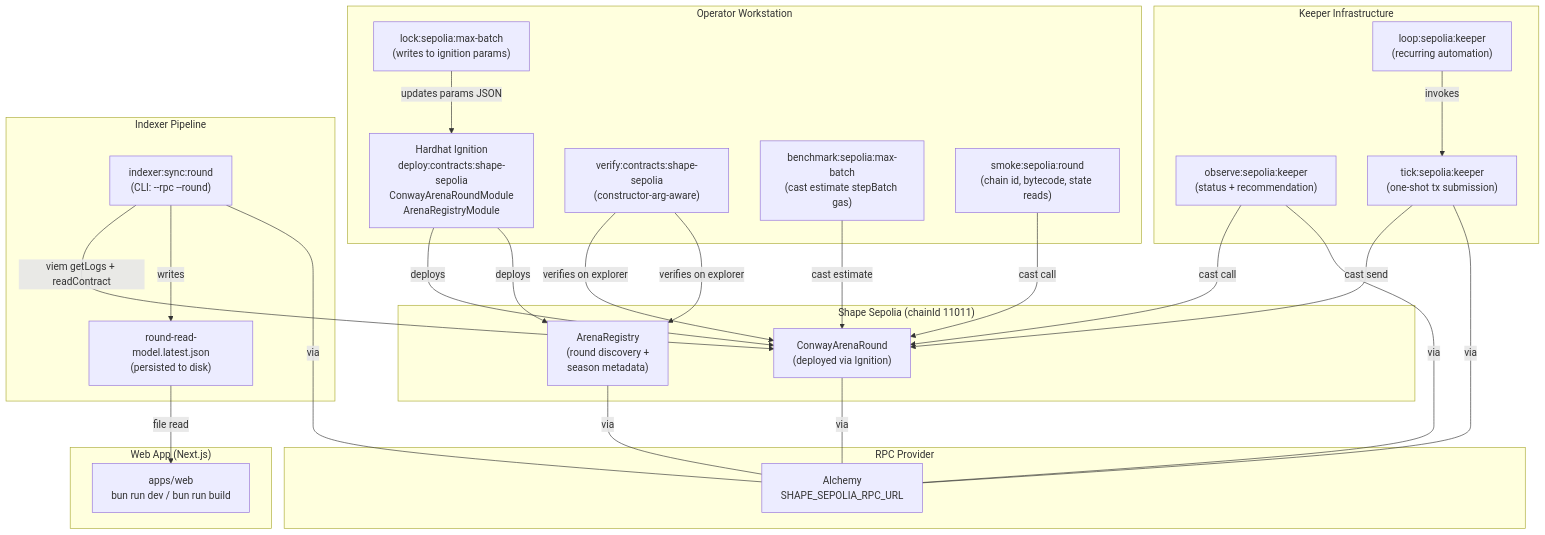
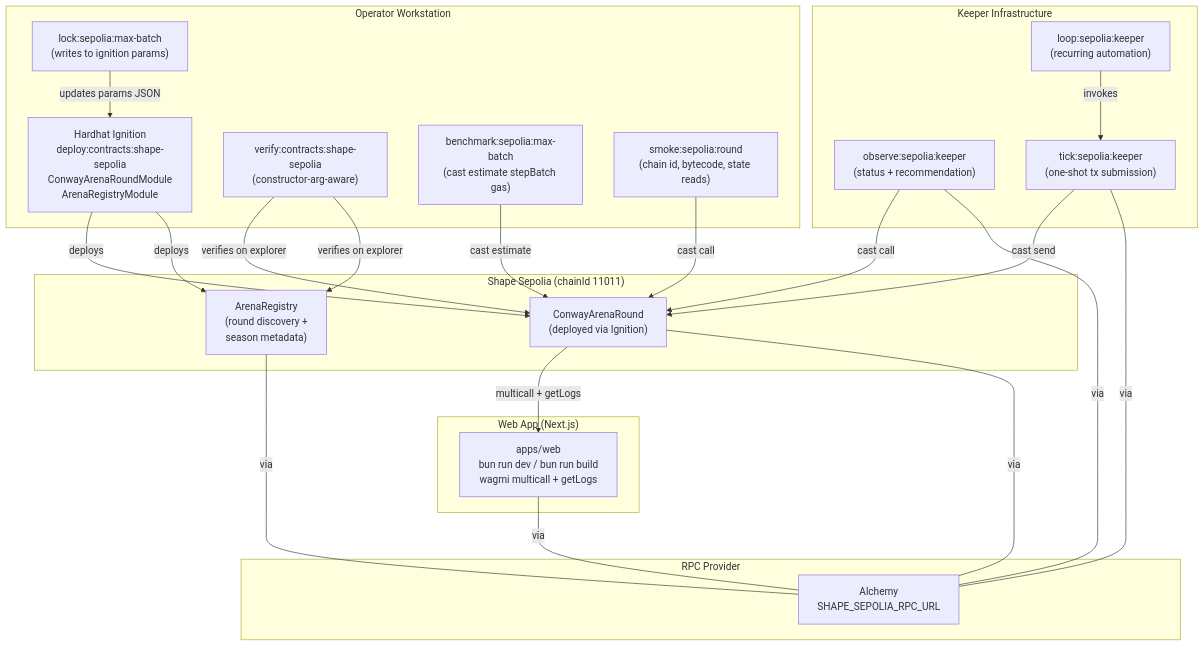
One commit to williamhzo/shape-of-life changed the tenth of 13 diagrams in architecture.md. Above: the diagram before and after it, drawn with Mermaid. The commit also changed other lines of this file and 2 other files, not shown here.

First line of the commit message:
Update docs for indexer removal and wagmi/React Query reads

````diff
--- a/architecture.md
+++ b/architecture.md
@@ -720,50 +664,43 @@
 ```mermaid
 flowchart TB
     subgraph "Operator Workstation"
         DEPLOY["Hardhat Ignition<br/>deploy:contracts:shape-sepolia<br/>ConwayArenaRoundModule<br/>ArenaRegistryModule"]
         VERIFY["verify:contracts:shape-sepolia<br/>(constructor-arg-aware)"]
         BENCH["benchmark:sepolia:max-batch<br/>(cast estimate stepBatch gas)"]
         LOCK["lock:sepolia:max-batch<br/>(writes to ignition params)"]
         SMOKE["smoke:sepolia:round<br/>(chain id, bytecode, state reads)"]
     end
 
     subgraph "Shape Sepolia (chainId 11011)"
         ROUND["ConwayArenaRound<br/>(deployed via Ignition)"]
         REGISTRY["ArenaRegistry<br/>(round discovery +<br/>season metadata)"]
     end
 
     subgraph "Keeper Infrastructure"
         K_STATUS["observe:sepolia:keeper<br/>(status + recommendation)"]
         K_TICK["tick:sepolia:keeper<br/>(one-shot tx submission)"]
         K_LOOP["loop:sepolia:keeper<br/>(recurring automation)"]
     end
 
-    subgraph "Indexer Pipeline"
-        SYNC["indexer:sync:round<br/>(CLI: --rpc --round)"]
-        SNAPSHOT["round-read-model.latest.json<br/>(persisted to disk)"]
-    end
-
     subgraph "Web App (Next.js)"
-        APP["apps/web<br/>bun run dev / bun run build"]
+        APP["apps/web<br/>bun run dev / bun run build<br/>wagmi multicall + getLogs"]
     end
 
     subgraph "RPC Provider"
         ALCHEMY["Alchemy<br/>SHAPE_SEPOLIA_RPC_URL"]
     end
 
     DEPLOY -->|"deploys"| ROUND & REGISTRY
     VERIFY -->|"verifies on explorer"| ROUND & REGISTRY
     BENCH -->|"cast estimate"| ROUND
     LOCK -->|"updates params JSON"| DEPLOY
     SMOKE -->|"cast call"| ROUND
 
     K_STATUS -->|"cast call"| ROUND
     K_TICK -->|"cast send"| ROUND
     K_LOOP -->|"invokes"| K_TICK
 
-    SYNC -->|"viem getLogs + readContract"| ROUND
-    SYNC -->|"writes"| SNAPSHOT
-    SNAPSHOT -->|"file read"| APP
+    ROUND -->|"multicall + getLogs"| APP
 
-    ROUND & REGISTRY & K_STATUS & K_TICK & SYNC ---|"via"| ALCHEMY
+    ROUND & REGISTRY & K_STATUS & K_TICK & APP ---|"via"| ALCHEMY
 ```
````
